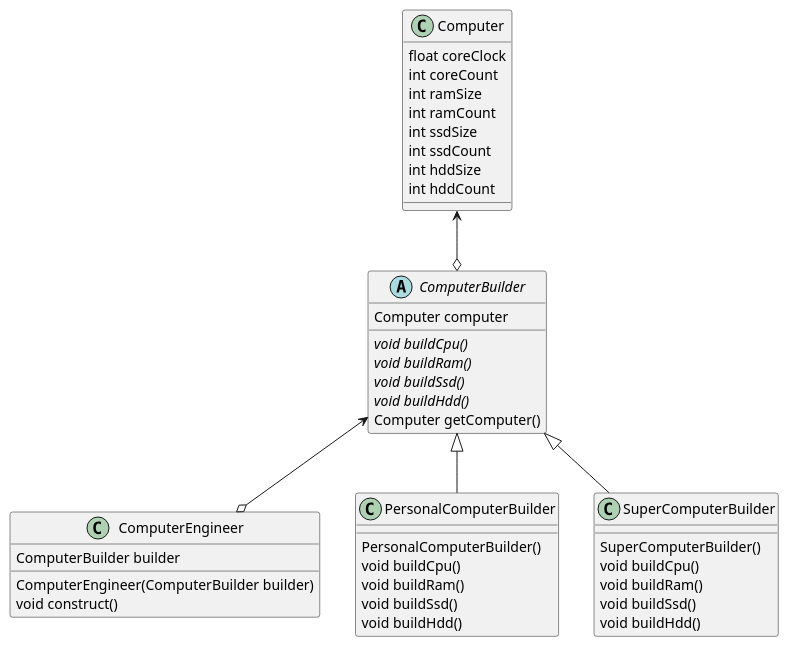
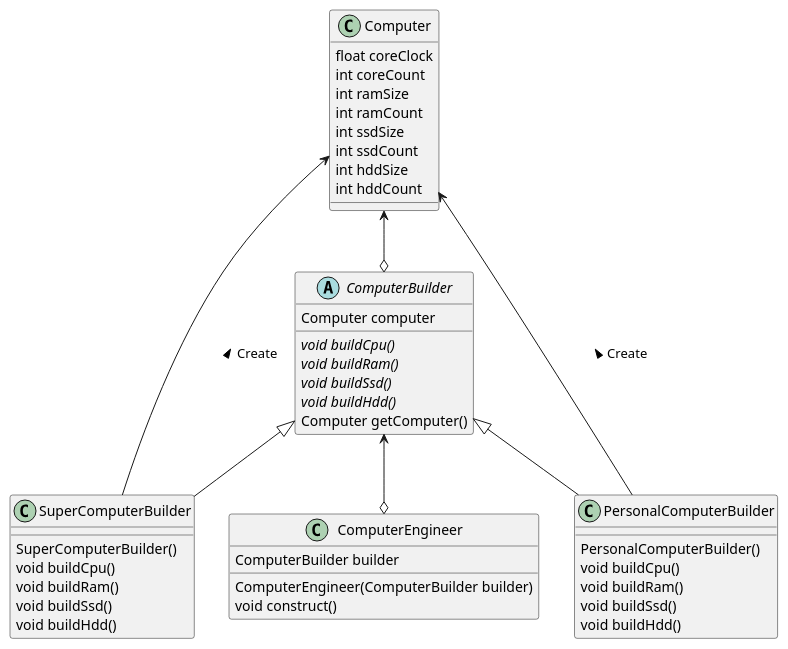
One commit to windowforsun/blog changed the diagram in plantuml/designpattern/concept-builder-3.plantuml. Above: the diagram before and after it, drawn with PlantUML. The commit also changed 3 other files, not shown here.

```diff
--- a/plantuml/designpattern/concept-builder-3.plantuml
+++ b/plantuml/designpattern/concept-builder-3.plantuml
@@ -1,53 +1,55 @@
 @startuml
 
 class ComputerEngineer {
 	ComputerBuilder builder
 
 	ComputerEngineer(ComputerBuilder builder)
 	void construct()
 }
 
 abstract class ComputerBuilder {
 	Computer computer
 
 	{abstract} void buildCpu()
 	{abstract} void buildRam()
 	{abstract} void buildSsd()
 	{abstract} void buildHdd()
 	Computer getComputer()
 }
 
 class Computer {
     float coreClock
     int coreCount
     int ramSize
     int ramCount
     int ssdSize
     int ssdCount
     int hddSize
     int hddCount
 }
 
 class PersonalComputerBuilder {
 	PersonalComputerBuilder()
 	void buildCpu()
 	void buildRam()
 	void buildSsd()
 	void buildHdd()
 }
 
 class SuperComputerBuilder {
 	SuperComputerBuilder()
 	void buildCpu()
 	void buildRam()
 	void buildSsd()
 	void buildHdd()
 }
 
 Computer <--o ComputerBuilder
 ComputerBuilder <--o ComputerEngineer
 ComputerBuilder <|-- PersonalComputerBuilder
 ComputerBuilder <|-- SuperComputerBuilder
+Computer <-- PersonalComputerBuilder : Create <
+Computer <-- SuperComputerBuilder : Create <
 
 
 @enduml
```
